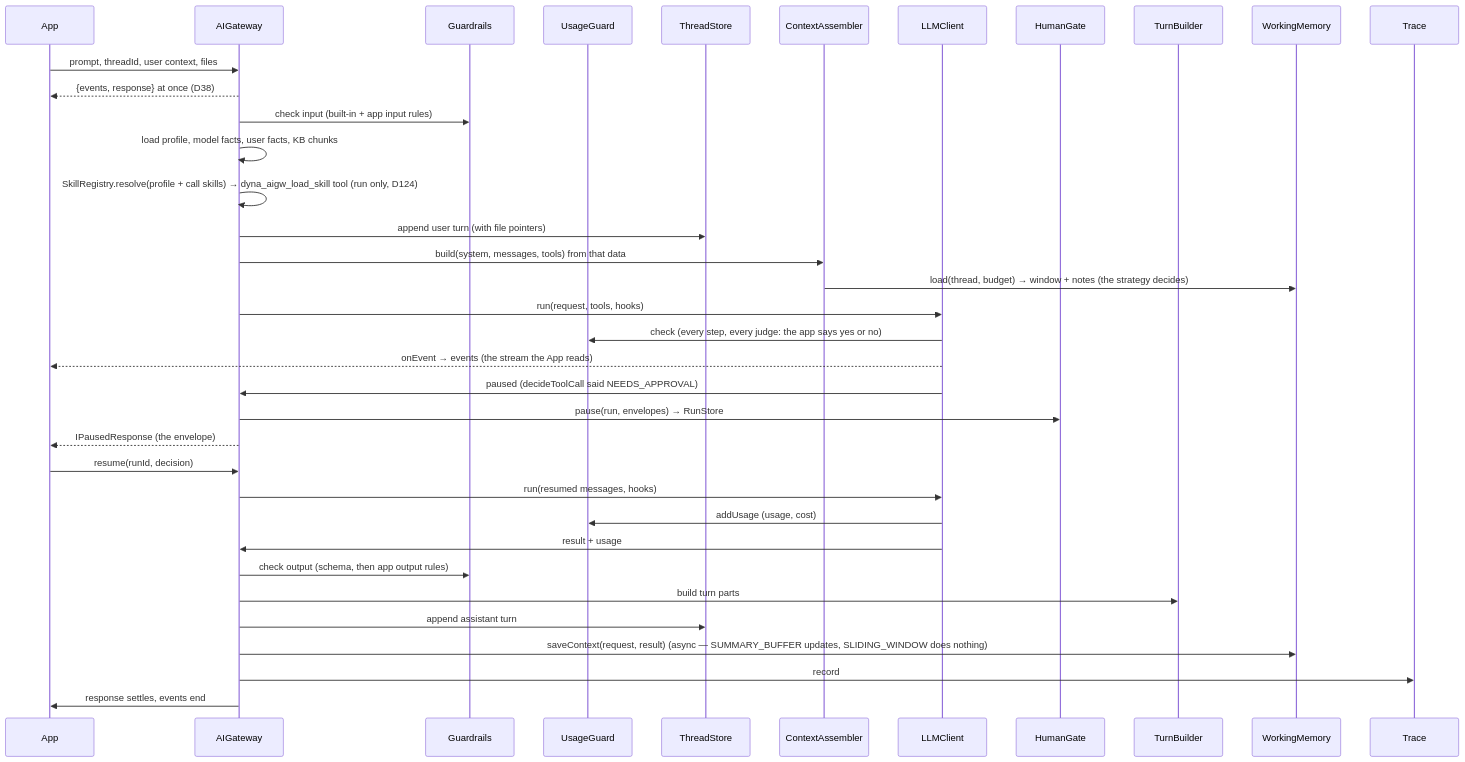
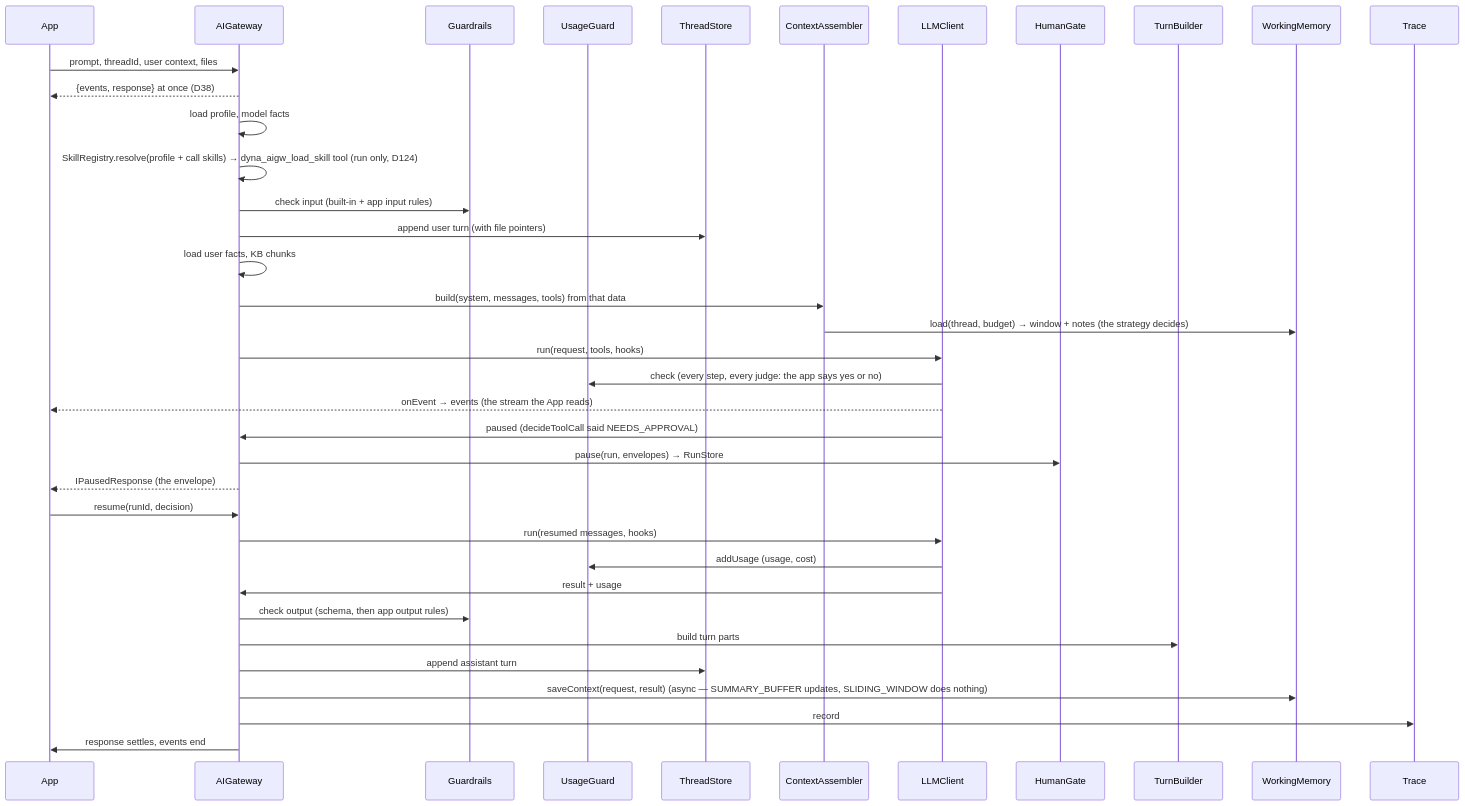
Before and after one commit to aneldev/dyna-ai-gateway: the ninth of 9 diagrams in docs/60-architecture/00-blueprint-classes-and-connections.md, drawn with Mermaid. The commit also changed 26 other files, not shown here.

````diff
--- a/docs/60-architecture/00-blueprint-classes-and-connections.md
+++ b/docs/60-architecture/00-blueprint-classes-and-connections.md
@@ -292,39 +292,40 @@
 ```mermaid
 sequenceDiagram
   participant App
   participant GW as AIGateway
   participant GR as Guardrails
   participant UG as UsageGuard
   participant TS as ThreadStore
   participant CA as ContextAssembler
   participant DR as LLMClient
   participant HG as HumanGate
   participant TB as TurnBuilder
   participant WM as WorkingMemory
   participant TRC as Trace
 
   App->>GW: prompt, threadId, user context, files
   GW-->>App: {events, response} at once (D38)
+  GW->>GW: load profile, model facts
+  GW->>GW: SkillRegistry.resolve(profile + call skills) → dyna_aigw_load_skill tool (run only, D124)
   GW->>GR: check input (built-in + app input rules)
-  GW->>GW: load profile, model facts, user facts, KB chunks
-  GW->>GW: SkillRegistry.resolve(profile + call skills) → dyna_aigw_load_skill tool (run only, D124)
   GW->>TS: append user turn (with file pointers)
+  GW->>GW: load user facts, KB chunks
   GW->>CA: build(system, messages, tools) from that data
   CA->>WM: load(thread, budget) → window + notes (the strategy decides)
   GW->>DR: run(request, tools, hooks)
   DR->>UG: check (every step, every judge: the app says yes or no)
   DR-->>App: onEvent → events (the stream the App reads)
   DR->>GW: paused (decideToolCall said NEEDS_APPROVAL)
   GW->>HG: pause(run, envelopes) → RunStore
   GW-->>App: IPausedResponse (the envelope)
   App->>GW: resume(runId, decision)
   GW->>DR: run(resumed messages, hooks)
   DR->>UG: addUsage (usage, cost)
   DR->>GW: result + usage
   GW->>GR: check output (schema, then app output rules)
   GW->>TB: build turn parts
   GW->>TS: append assistant turn
   GW->>WM: saveContext(request, result) (async — SUMMARY_BUFFER updates, SLIDING_WINDOW does nothing)
   GW->>TRC: record
   GW->>App: response settles, events end
 ```
````
